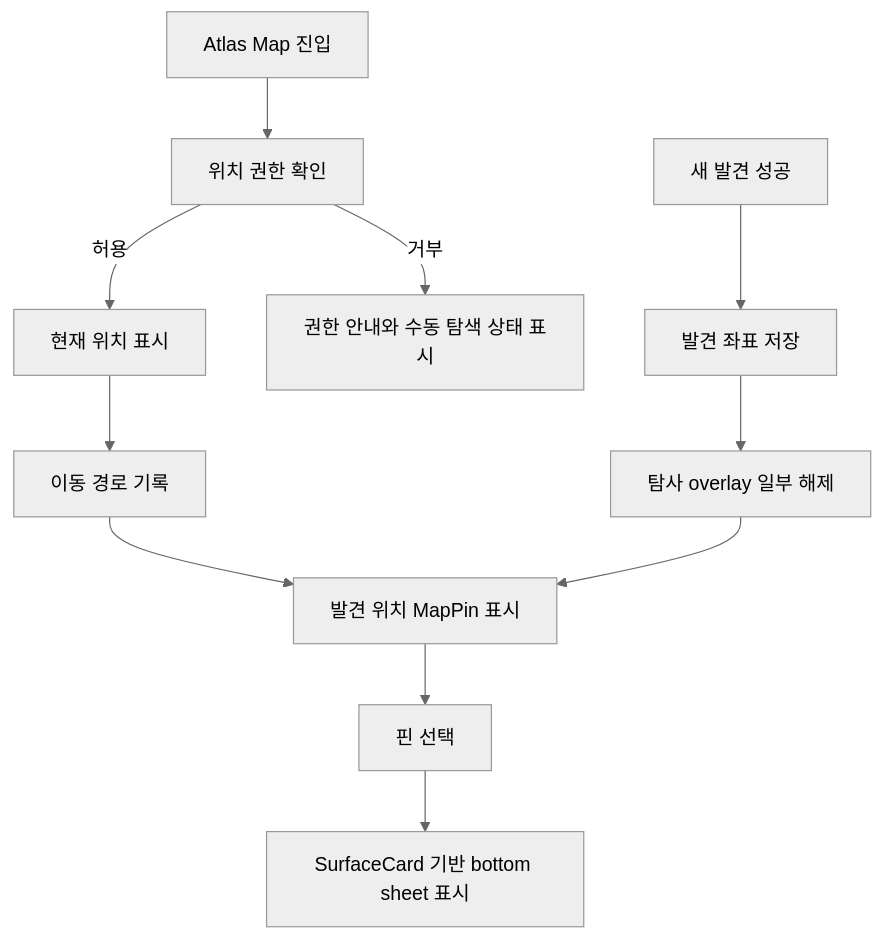
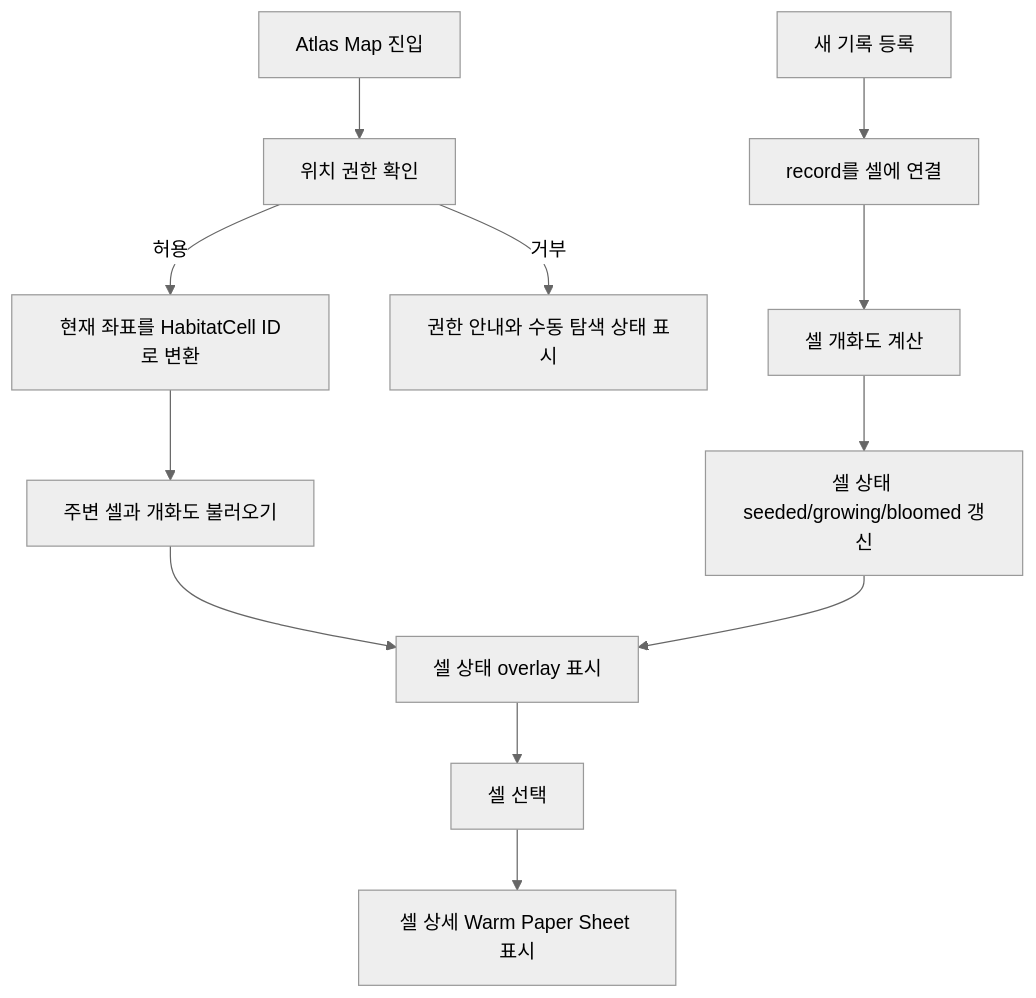
One commit to sanghoon3203/nurmor changed the second of 3 diagrams in docs/workflow.md. Above: the diagram before and after it, drawn with Mermaid (neutral theme). The commit also changed other lines of this file and 10 other files, not shown here.

Commit message:
docs: document atlas roadmap and frontend todo

````diff
--- a/docs/workflow.md
+++ b/docs/workflow.md
@@ -33,15 +39,16 @@
 ```mermaid
 graph TD
     A[Atlas Map 진입] --> B[위치 권한 확인]
-    B -- 허용 --> C[현재 위치 표시]
+    B -- 허용 --> C[현재 좌표를 HabitatCell ID로 변환]
     B -- 거부 --> D[권한 안내와 수동 탐색 상태 표시]
 
-    C --> E[이동 경로 기록]
-    E --> F[발견 위치 MapPin 표시]
-    F --> G[핀 선택]
-    G --> H[SurfaceCard 기반 bottom sheet 표시]
+    C --> E[주변 셀과 개화도 불러오기]
+    E --> F[셀 상태 overlay 표시]
+    F --> G[셀 선택]
+    G --> H[셀 상세 Warm Paper Sheet 표시]
 
-    I[새 발견 성공] --> J[발견 좌표 저장]
-    J --> K[탐사 overlay 일부 해제]
-    K --> F
+    I[새 기록 등록] --> J[record를 셀에 연결]
+    J --> K[셀 개화도 계산]
+    K --> L[셀 상태 seeded/growing/bloomed 갱신]
+    L --> F
 ```
````
